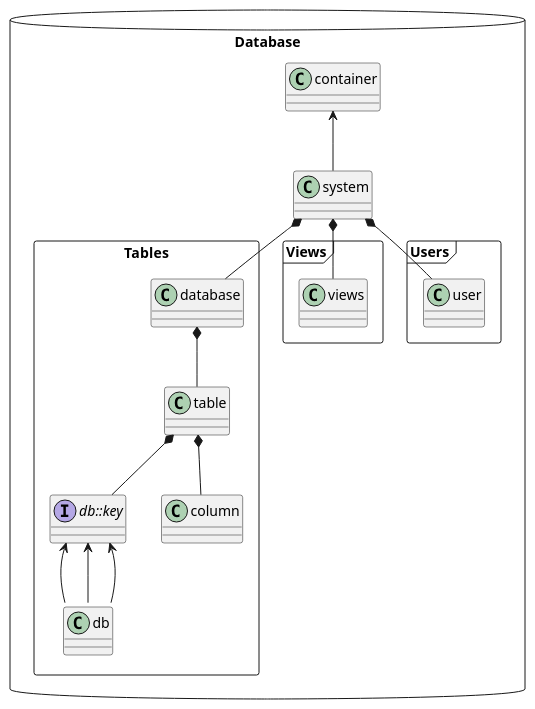
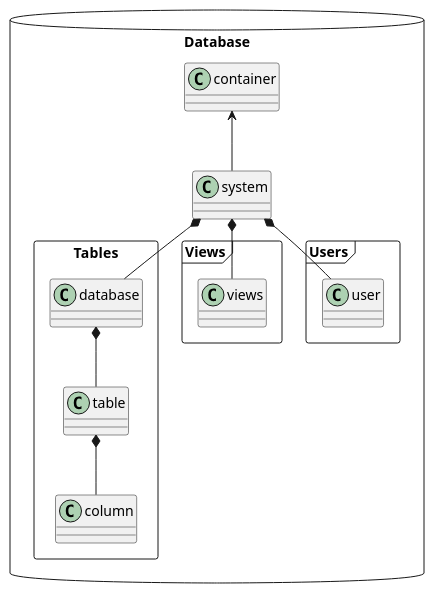
Before and after one commit to joergen-vs/73027c42-c2cd-4c62-b1f4-2532c0eb8dab: the diagram in usage/aspirations/umls/uml-database.puml, drawn with PlantUML. The commit also changed 3 other files, not shown here.

```diff
--- a/usage/aspirations/umls/uml-database.puml
+++ b/usage/aspirations/umls/uml-database.puml
@@ -1,31 +1,25 @@
 @startuml "database"
 
 package "Database" <<Database>> {
     container <-- system
 
     package "Tables" <<Rectangle>> {
         system *-- database
 
         database *-- table
-        interface db::key
-        
-        table *-- db::key
-        db::key <-- db::primaryKey
-        db::key <-- db::foreignKey
-        db::key <-- db::candidateKey
 
         table *-- column
 
 
     }
 
     package "Views" <<Frame>> {
         system *-- views
     }
 
     package "Users" <<Frame>> {
         system *-- user
     }
 }
 
 @enduml
```
